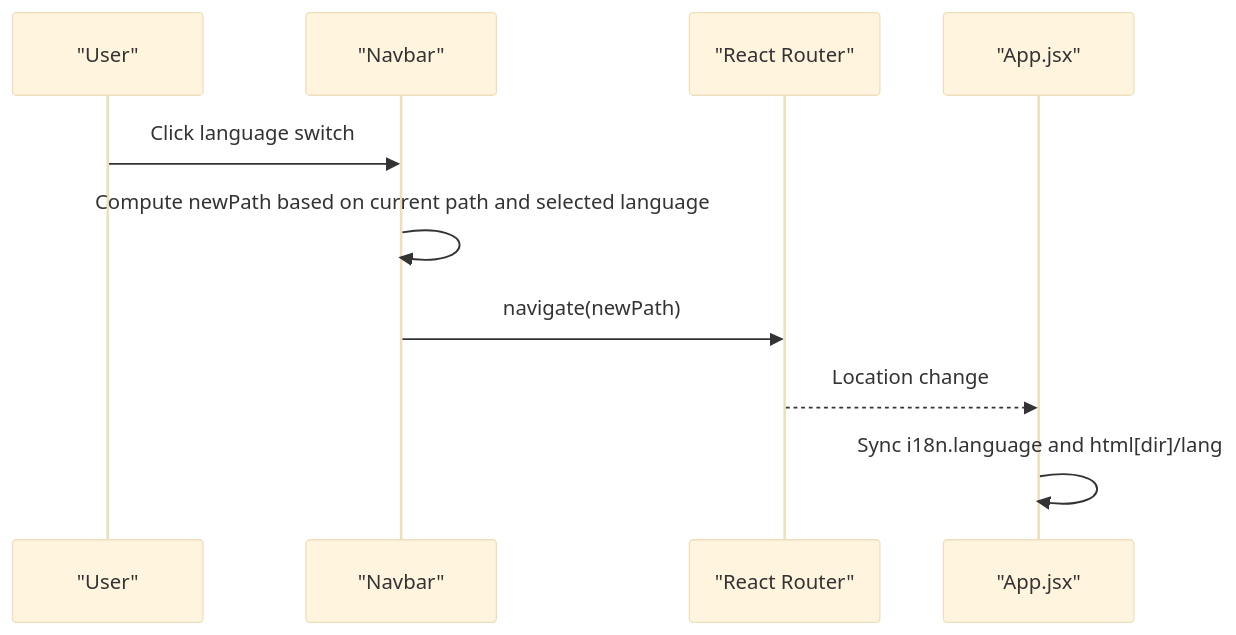
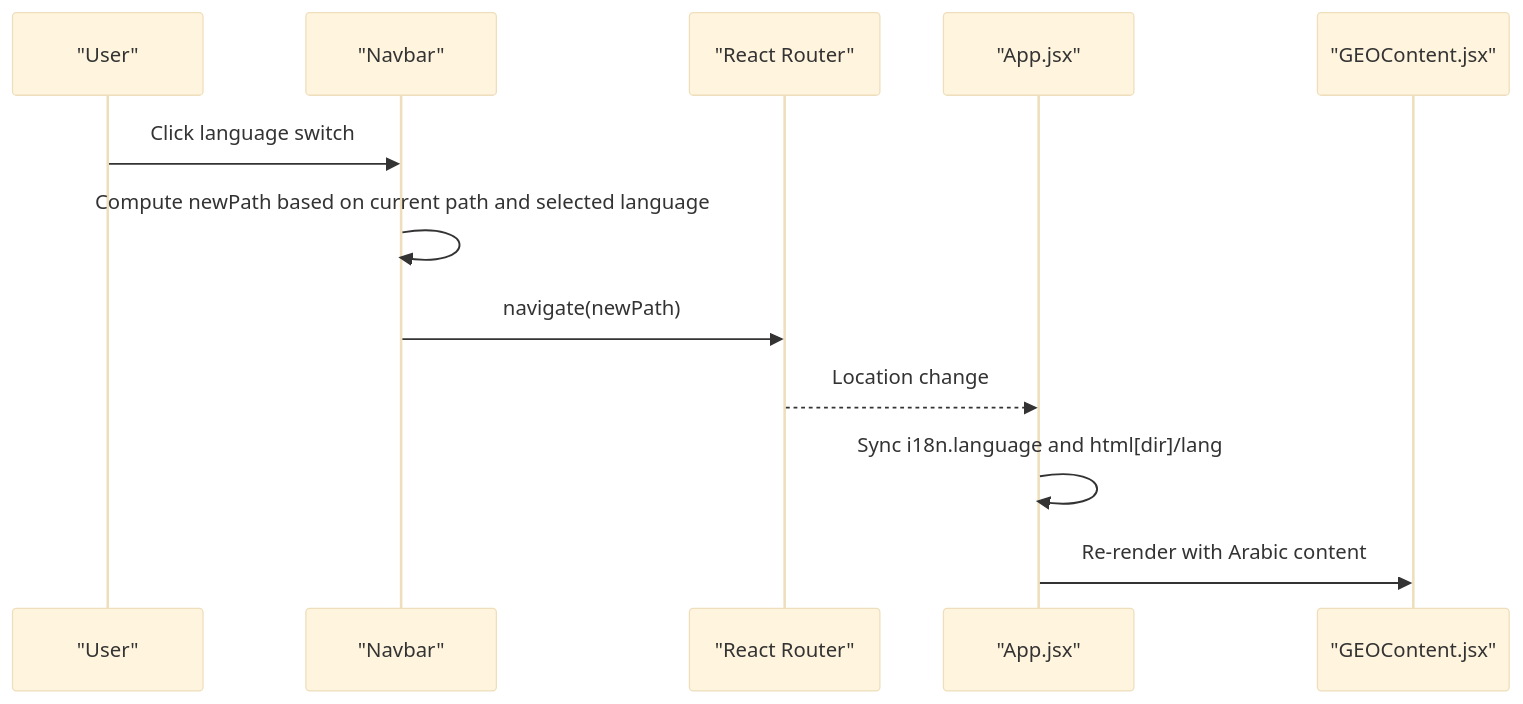
The sixth of 8 diagrams in .qoder/repowiki/en/content/Internationalization (i18n)/Internationalization (i18n).md (rumuze/landing-page), drawn with Mermaid (base theme) before and after one commit. The commit also changed other lines of this file and 5 other files, not shown here.

````diff
--- a/.qoder/repowiki/en/content/Internationalization (i18n)/Internationalization (i18n).md
+++ b/.qoder/repowiki/en/content/Internationalization (i18n)/Internationalization (i18n).md
@@ -221,12 +325,14 @@
 ```mermaid
 sequenceDiagram
 participant User as "User"
 participant Nav as "Navbar"
 participant Router as "React Router"
 participant App as "App.jsx"
+participant GEOContent as "GEOContent.jsx"
 User->>Nav : Click language switch
 Nav->>Nav : Compute newPath based on current path and selected language
 Nav->>Router : navigate(newPath)
 Router-->>App : Location change
 App->>App : Sync i18n.language and html[dir]/lang
+App->>GEOContent : Re-render with Arabic content
 ```
````
